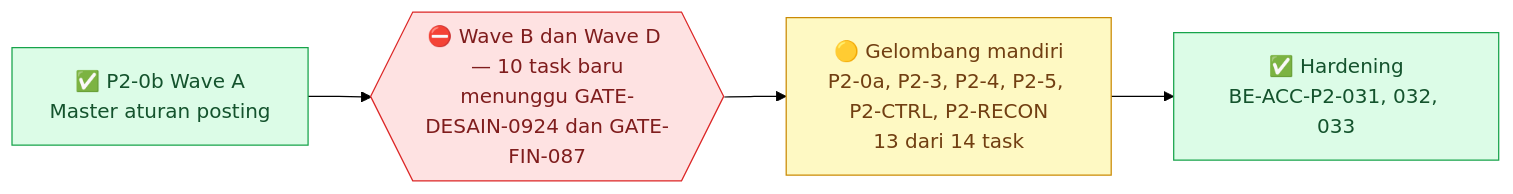
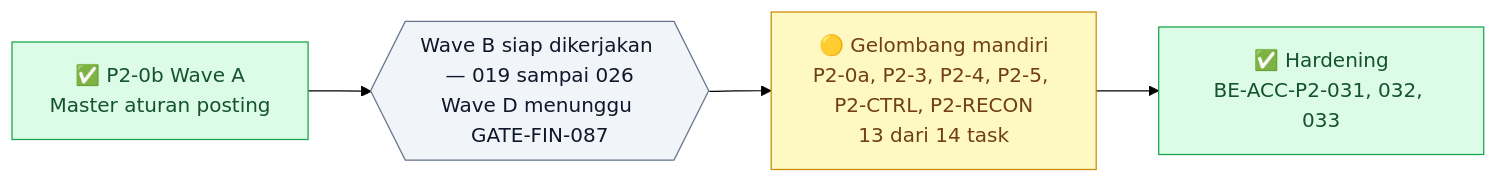
Before and after one commit to DevBenari/NewQuilvianSystemBackend: the first of 4 diagrams in docs/module-blueprints/accounting/roadmap/backend-roadmap-phase2.md, drawn with Mermaid (forest theme). The commit also changed other lines of this file and 28 other files, not shown here.

````diff
--- a/docs/module-blueprints/accounting/roadmap/backend-roadmap-phase2.md
+++ b/docs/module-blueprints/accounting/roadmap/backend-roadmap-phase2.md
@@ -43,17 +43,17 @@
 ```mermaid
 flowchart LR
     classDef selesai fill:#DCFCE7,stroke:#16A34A,color:#14532D
     classDef sebagian fill:#FEF9C3,stroke:#CA8A04,color:#713F12
     classDef terblokir fill:#FEE2E2,stroke:#DC2626,color:#7F1D1D
     classDef belum fill:#F1F5F9,stroke:#64748B,color:#0F172A
     classDef luar fill:#EDE9FE,stroke:#7C3AED,color:#3B0764
 
     SMANDIRI["🟡 Gelombang mandiri<br/>P2-0a, P2-3, P2-4, P2-5, P2-CTRL, P2-RECON<br/>13 dari 14 task"]:::sebagian
     SHARD["✅ Hardening<br/>BE-ACC-P2-031, 032, 033"]:::selesai
     SP20B["✅ P2-0b Wave A<br/>Master aturan posting"]:::selesai
-    GP21{{"⛔ Wave B dan Wave D — 10 task baru<br/>menunggu GATE-DESAIN-0924 dan GATE-FIN-087"}}:::terblokir
+    GP21{{"Wave B siap dikerjakan — 019 sampai 026<br/>Wave D menunggu GATE-FIN-087"}}:::belum
 
     SMANDIRI --> SHARD
     SP20B --> GP21
     GP21 --> SMANDIRI
 ```
````
